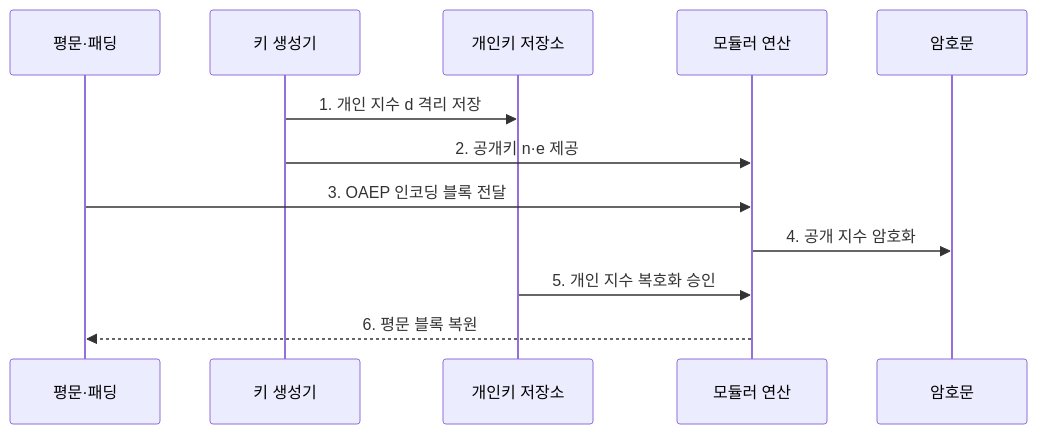
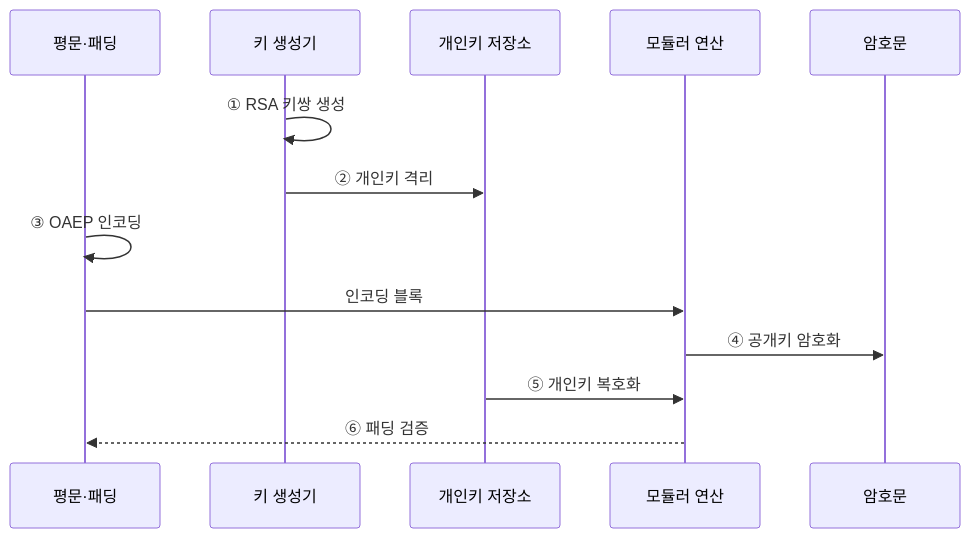
The third of 3 diagrams in src/content/docs/notes/01-basic-theory/059_crypto_math_rsa.md (agnusdei1207/knowledge-base), drawn with Mermaid before and after one commit. The commit also changed other lines of this file and 22 other files, not shown here.

````diff
--- a/src/content/docs/notes/01-basic-theory/059_crypto_math_rsa.md
+++ b/src/content/docs/notes/01-basic-theory/059_crypto_math_rsa.md
@@ -81,14 +97,15 @@
 ```mermaid
 sequenceDiagram
     participant P as 평문·패딩
     participant G as 키 생성기
     participant S as 개인키 저장소
     participant X as 모듈러 연산
     participant C as 암호문
-    G->>S: 1. 개인 지수 d 격리 저장
-    G->>X: 2. 공개키 n·e 제공
-    P->>X: 3. OAEP 인코딩 블록 전달
-    X->>C: 4. 공개 지수 암호화
-    S->>X: 5. 개인 지수 복호화 승인
-    X-->>P: 6. 평문 블록 복원
+    G->>G: ① RSA 키쌍 생성
+    G->>S: ② 개인키 격리
+    P->>P: ③ OAEP 인코딩
+    P->>X: 인코딩 블록
+    X->>C: ④ 공개키 암호화
+    S->>X: ⑤ 개인키 복호화
+    X-->>P: ⑥ 패딩 검증
 ```
````
